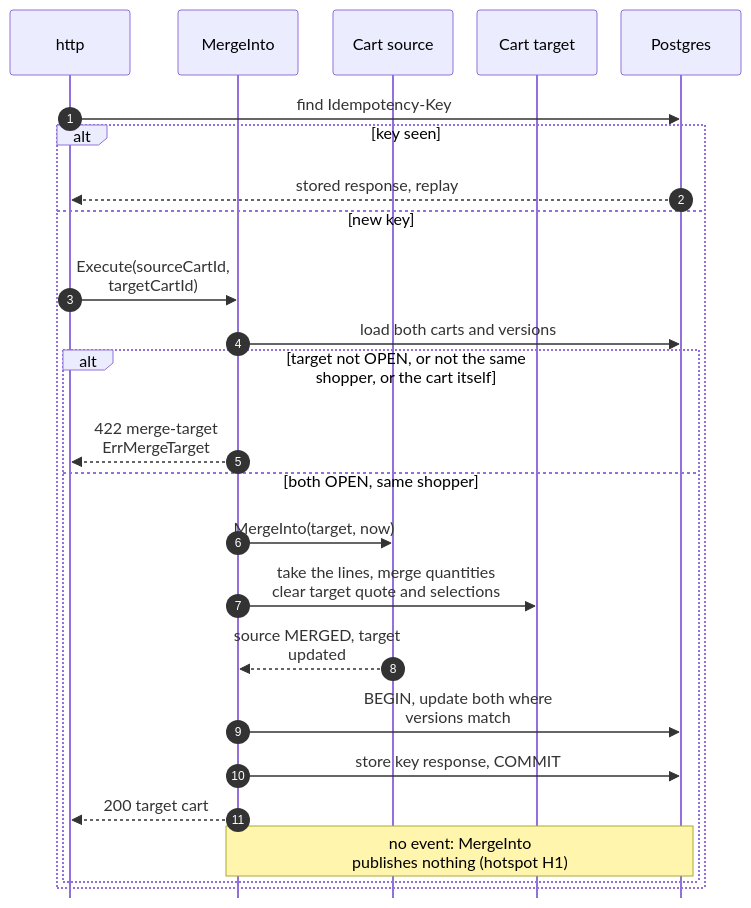
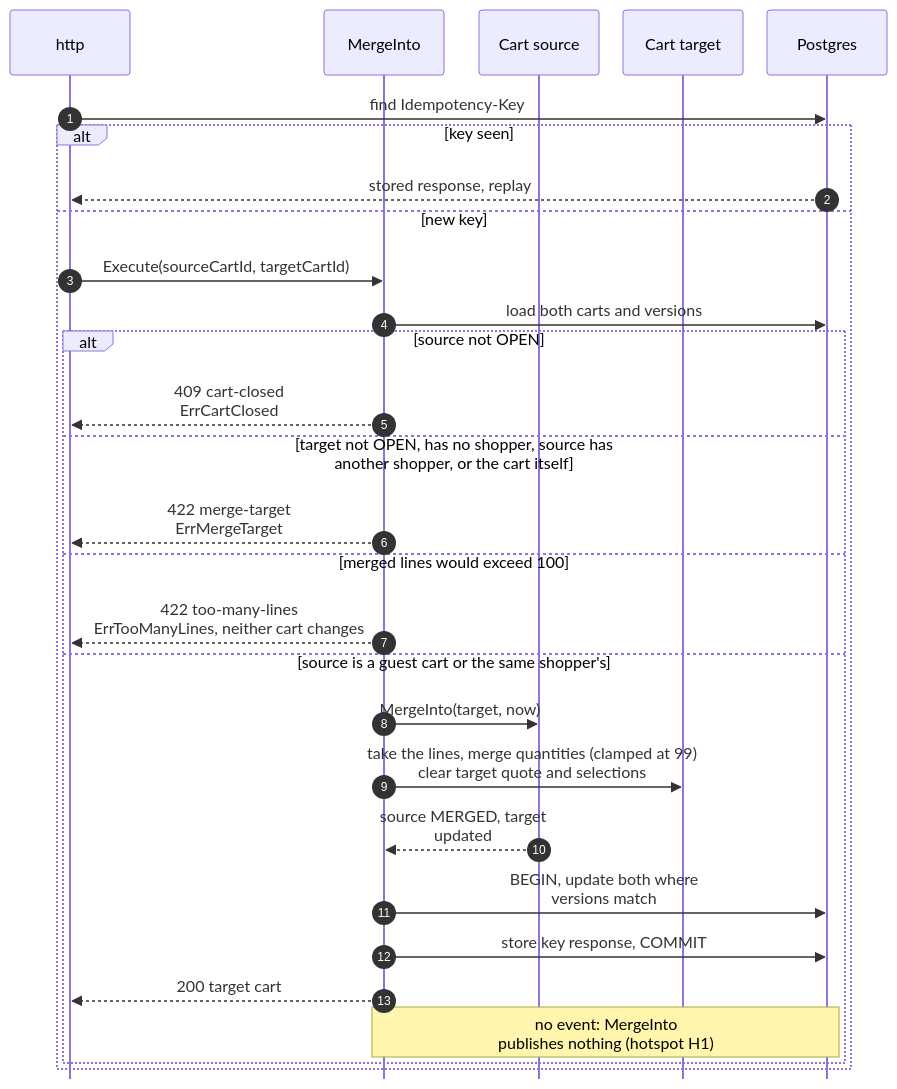
Before and after one commit to IQVO/warehouse-docs: the seventh of 10 diagrams in storefront/docs/contexts/shopping-cart/sequence-diagrams.md, drawn with Mermaid. The commit also changed other lines of this file and 4 other files, not shown here.

Commit message:
docs(storefront): shopping-cart pack and model follow the repo (MergeInto too-many-lines/99 clamp/target rule, SelectDelivery no 422, idempotency wire behaviour, current routes)

````diff
--- a/storefront/docs/contexts/shopping-cart/sequence-diagrams.md
+++ b/storefront/docs/contexts/shopping-cart/sequence-diagrams.md
@@ -297,28 +297,32 @@
 ```mermaid
 %%{init: {"sequence": {"wrap": true, "width": 120, "actorMargin": 24, "messageMargin": 28, "boxMargin": 6, "noteMargin": 6, "mirrorActors": false}}}%%
 sequenceDiagram
     autonumber
     participant H as http
     participant UC as MergeInto
     participant A as Cart source
     participant T as Cart target
     participant DB as Postgres
     H->>DB: find Idempotency-Key
     alt key seen
         DB-->>H: stored response, replay
     else new key
         H->>UC: Execute(sourceCartId, targetCartId)
         UC->>DB: load both carts and versions
-        alt target not OPEN, or not the same<br/>shopper, or the cart itself
+        alt source not OPEN
+            UC-->>H: 409 cart-closed<br/>ErrCartClosed
+        else target not OPEN, has no shopper, source has<br/>another shopper, or the cart itself
             UC-->>H: 422 merge-target<br/>ErrMergeTarget
-        else both OPEN, same shopper
+        else merged lines would exceed 100
+            UC-->>H: 422 too-many-lines<br/>ErrTooManyLines, neither cart changes
+        else source is a guest cart or the same shopper's
             UC->>A: MergeInto(target, now)
-            UC->>T: take the lines, merge quantities<br/>clear target quote and selections
+            UC->>T: take the lines, merge quantities (clamped at 99)<br/>clear target quote and selections
             A-->>UC: source MERGED, target updated
             UC->>DB: BEGIN, update both where<br/>versions match
             UC->>DB: store key response, COMMIT
             UC-->>H: 200 target cart
             Note over UC,DB: no event: MergeInto<br/>publishes nothing (hotspot H1)
         end
     end
 ```
````
